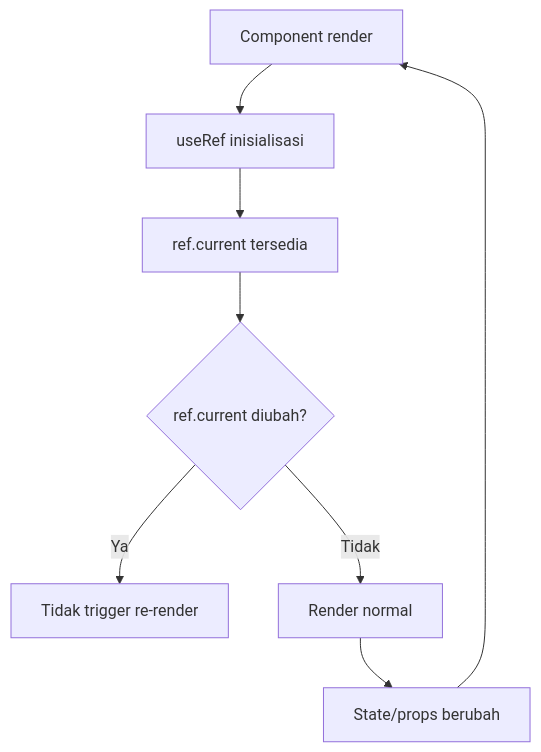
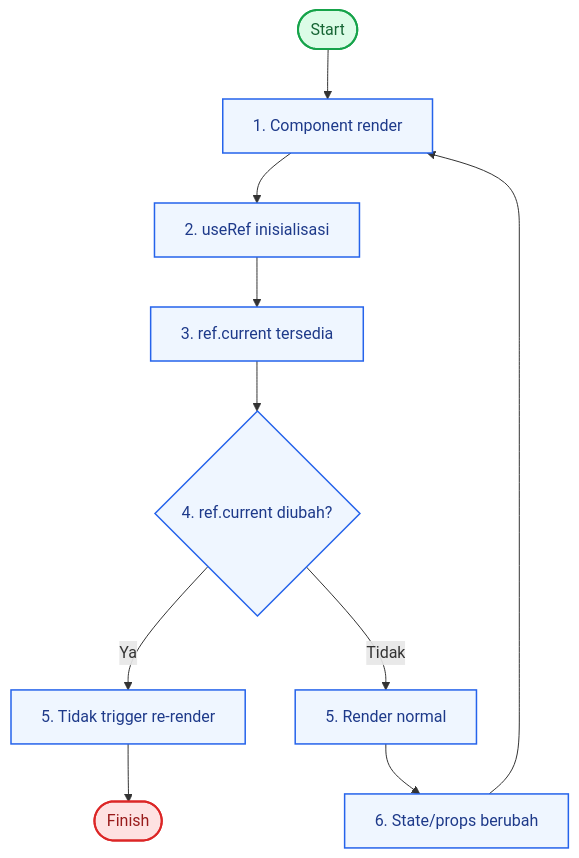
Before and after one commit to seftronics/react-basic: the diagram in doc/function-useref-guide.md, drawn with Mermaid. The commit also changed 8 other files, not shown here.

````diff
--- a/doc/function-useref-guide.md
+++ b/doc/function-useref-guide.md
@@ -13,10 +13,17 @@
 ```mermaid
 flowchart TD
-    A[Component render] --> B[useRef inisialisasi]
-    B --> C[ref.current tersedia]
-    C --> D{ref.current diubah?}
-    D -- Ya --> E[Tidak trigger re-render]
-    D -- Tidak --> F[Render normal]
-    F --> G[State/props berubah]
+    S([Start]) --> A[1. Component render]
+    A --> B[2. useRef inisialisasi]
+    B --> C[3. ref.current tersedia]
+    C --> D{4. ref.current diubah?}
+    D -- Ya --> E[5. Tidak trigger re-render]
+    E --> Z([Finish])
+    D -- Tidak --> F[5. Render normal]
+    F --> G[6. State/props berubah]
     G --> A
+    classDef default fill:#eff6ff,stroke:#2563eb,stroke-width:1.5px,color:#1e3a8a;
+    classDef start fill:#dcfce7,stroke:#16a34a,stroke-width:2px,color:#166534;
+    classDef finish fill:#fee2e2,stroke:#dc2626,stroke-width:2px,color:#991b1b;
+    class S start;
+    class Z finish;
 ```
````
